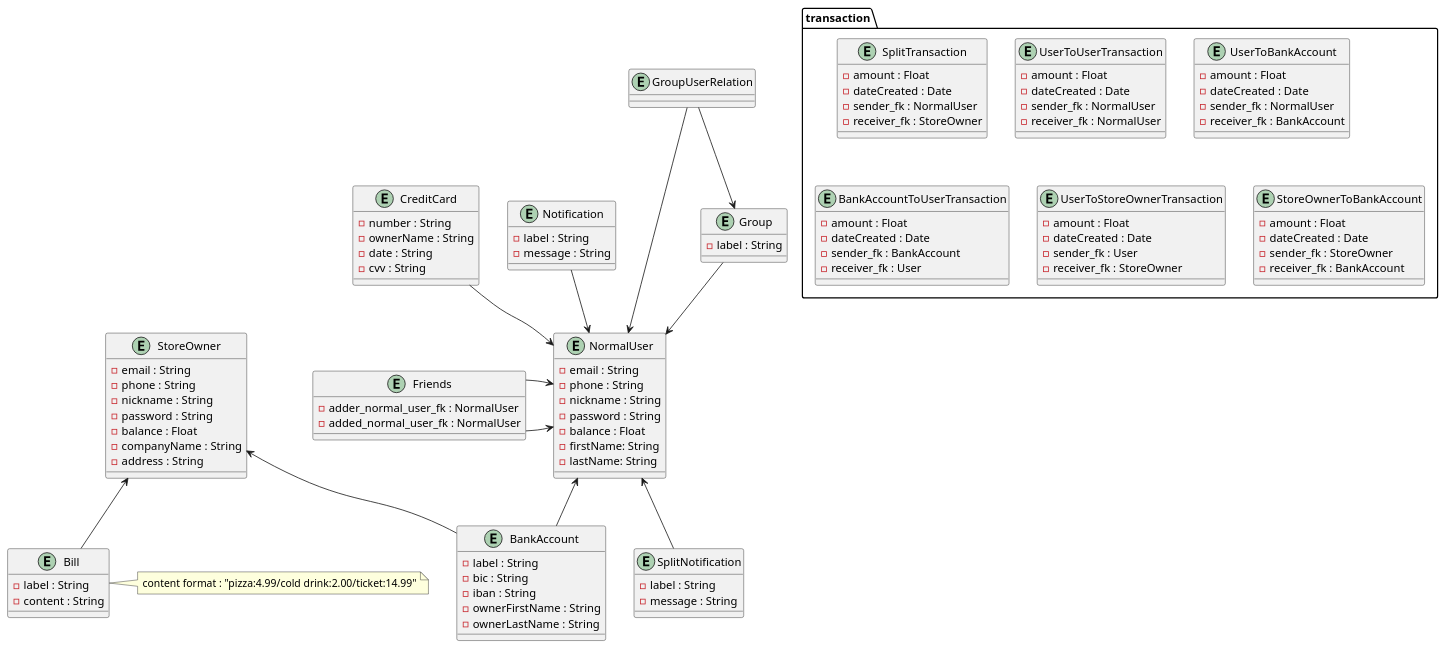
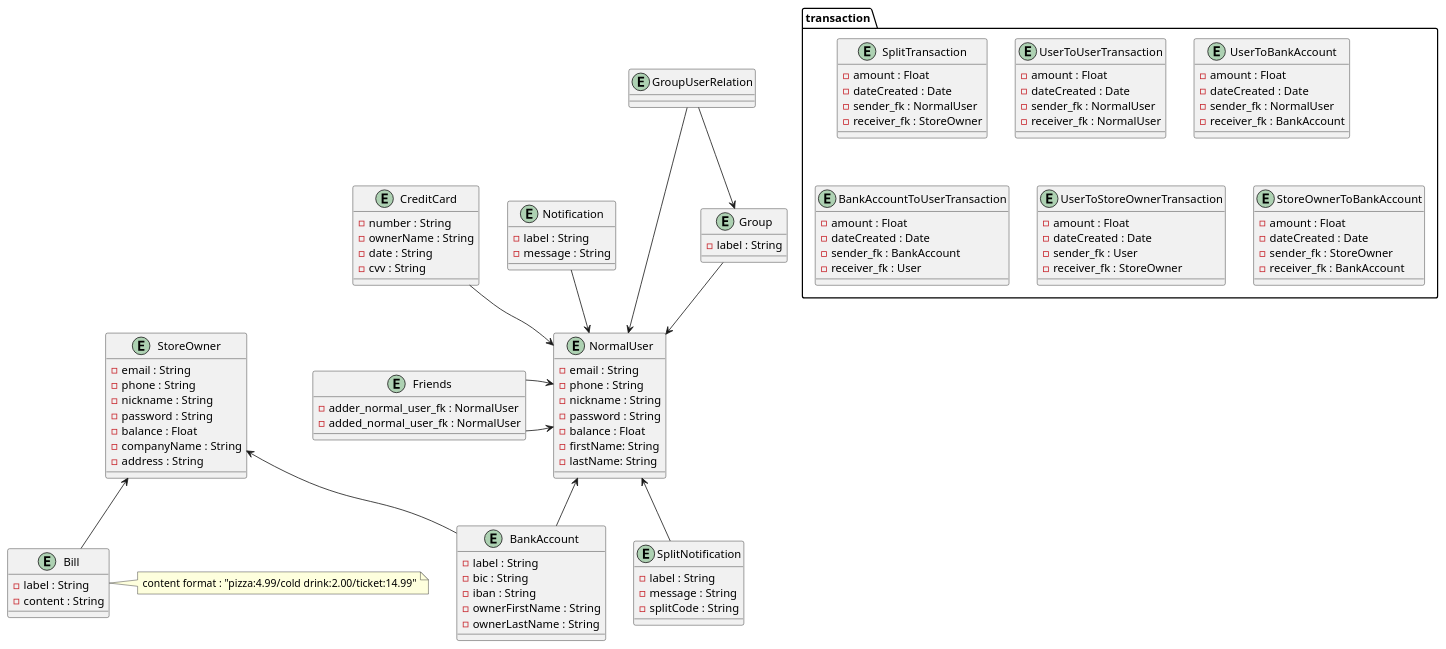
The diagram in documentation/database/mysql/mysql_db_class_diagram.puml (Julien-Wiegandt/SplitPay), drawn with PlantUML before and after one commit.

Commit message:
Added splitCode field in SplitNotification table

```diff
--- a/documentation/database/mysql/mysql_db_class_diagram.puml
+++ b/documentation/database/mysql/mysql_db_class_diagram.puml
@@ -1,134 +1,135 @@
 @startuml domain_analysis
 
 entity BankAccount {
   - label : String
   - bic : String
   - iban : String
   - ownerFirstName : String
   - ownerLastName : String
 }
 
 entity Bill {
   - label : String
   - content : String
 }
 
 note right of Bill
 content format : "pizza:4.99/cold drink:2.00/ticket:14.99"
 endnote
 
 
 entity Notification {
   - label : String
   - message : String
 }
 
 entity SplitNotification {
     - label : String
     - message : String
+    - splitCode : String
 }
 
 entity Group {
   - label : String
 }
 
 entity CreditCard {
   - number : String
   - ownerName : String
   - date : String
   - cvv : String
 }
 
 entity NormalUser {
     - email : String
     - phone : String
     - nickname : String
     - password : String
     - balance : Float
     - firstName: String
     - lastName: String
 }
 
 entity StoreOwner {
     - email : String
     - phone : String
     - nickname : String
     - password : String
     - balance : Float
     - companyName : String
     - address : String
 }
 
 package transaction <<Folder>> {
 
     entity SplitTransaction{
         - amount : Float
         - dateCreated : Date
         - sender_fk : NormalUser
         - receiver_fk : StoreOwner
     }
 
     entity UserToUserTransaction {
         - amount : Float
         - dateCreated : Date
         - sender_fk : NormalUser
         - receiver_fk : NormalUser
         }
 
 
     entity UserToBankAccount {
         - amount : Float
         - dateCreated : Date
         - sender_fk : NormalUser
         - receiver_fk : BankAccount
     }
 
     entity BankAccountToUserTransaction{
         - amount : Float
         - dateCreated : Date
         - sender_fk : BankAccount
         - receiver_fk : User
     }
 
     entity UserToStoreOwnerTransaction {
         - amount : Float
         - dateCreated : Date
         - sender_fk : User
         - receiver_fk : StoreOwner
     }
 
     entity StoreOwnerToBankAccount {
         - amount : Float
         - dateCreated : Date
         - sender_fk : StoreOwner
         - receiver_fk : BankAccount
     }
 }
 
 entity GroupUserRelation{
 
 }
 
 entity Friends {
     - adder_normal_user_fk : NormalUser
     - added_normal_user_fk : NormalUser
 }
 
 GroupUserRelation --> Group
 GroupUserRelation --> NormalUser
 
 NormalUser <-- BankAccount
 StoreOwner <-- BankAccount
 
 NormalUser <-up- Notification
 NormalUser <--  SplitNotification
 NormalUser <-up- CreditCard
 
 Friends -> NormalUser
 Friends -> NormalUser
 
 
 Group -->  NormalUser
 StoreOwner  <-- Bill
 
 @enduml
```
